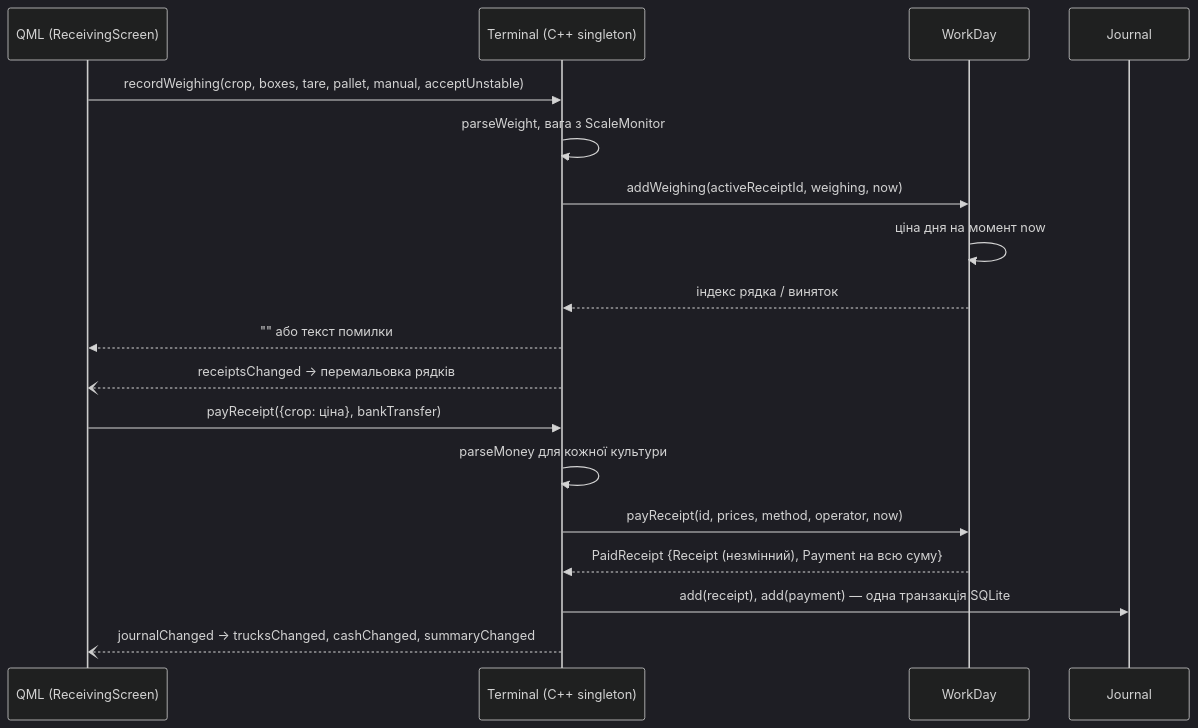
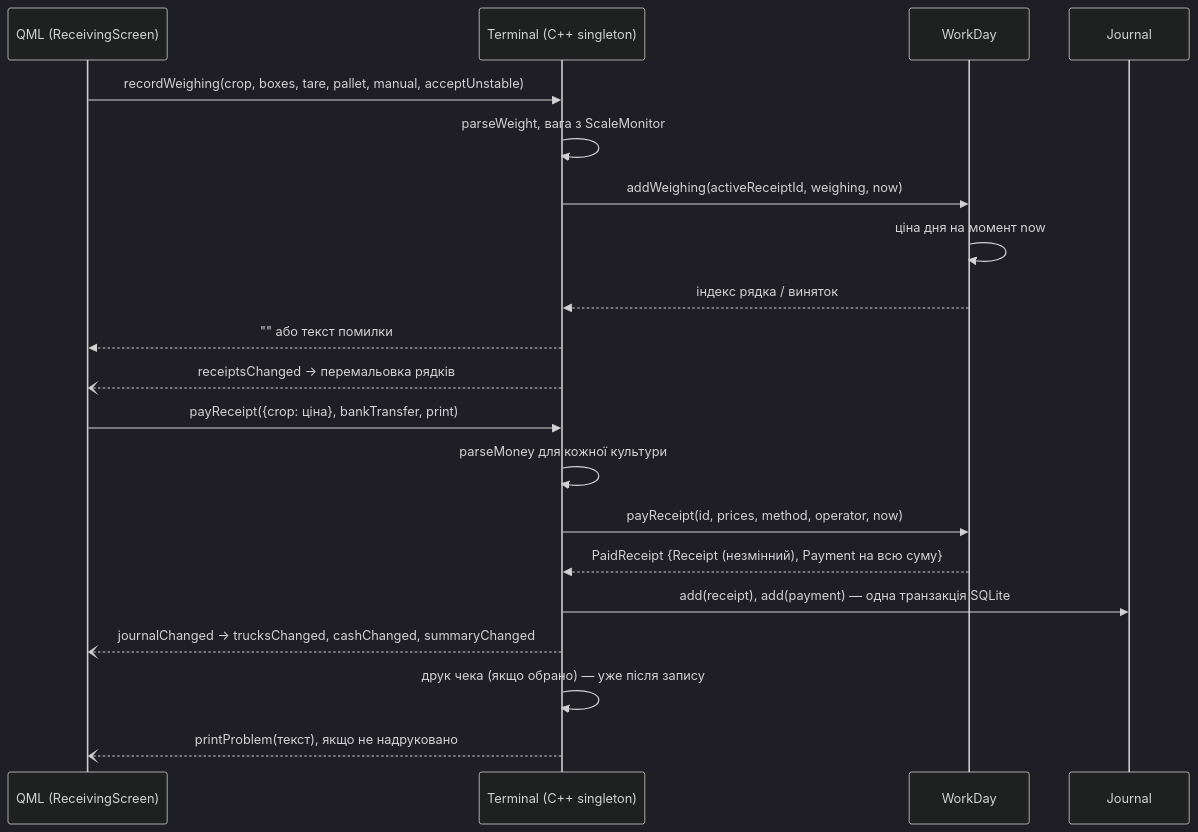
The third of 3 diagrams in docs/architecture.md (IsNazarii/Berry-WMS-Terminal), drawn with Mermaid (dark theme) before and after one commit. The commit also changed other lines of this file and 8 other files, not shown here.

````diff
--- a/docs/architecture.md
+++ b/docs/architecture.md
@@ -151,22 +167,24 @@
 ```mermaid
 sequenceDiagram
     participant Q as QML (ReceivingScreen)
     participant T as Terminal (C++ singleton)
     participant W as WorkDay
     participant J as Journal
 
     Q->>T: recordWeighing(crop, boxes, tare, pallet, manual, acceptUnstable)
     T->>T: parseWeight, вага з ScaleMonitor
     T->>W: addWeighing(activeReceiptId, weighing, now)
     W->>W: ціна дня на момент now
     W-->>T: індекс рядка / виняток
     T-->>Q: "" або текст помилки
     T--)Q: receiptsChanged → перемальовка рядків
 
-    Q->>T: payReceipt({crop: ціна}, bankTransfer)
+    Q->>T: payReceipt({crop: ціна}, bankTransfer, print)
     T->>T: parseMoney для кожної культури
     T->>W: payReceipt(id, prices, method, operator, now)
     W-->>T: PaidReceipt {Receipt (незмінний), Payment на всю суму}
     T->>J: add(receipt), add(payment) — одна транзакція SQLite
     T--)Q: journalChanged → trucksChanged, cashChanged, summaryChanged
+    T->>T: друк чека (якщо обрано) — уже після запису
+    T--)Q: printProblem(текст), якщо не надруковано
 ```
````
